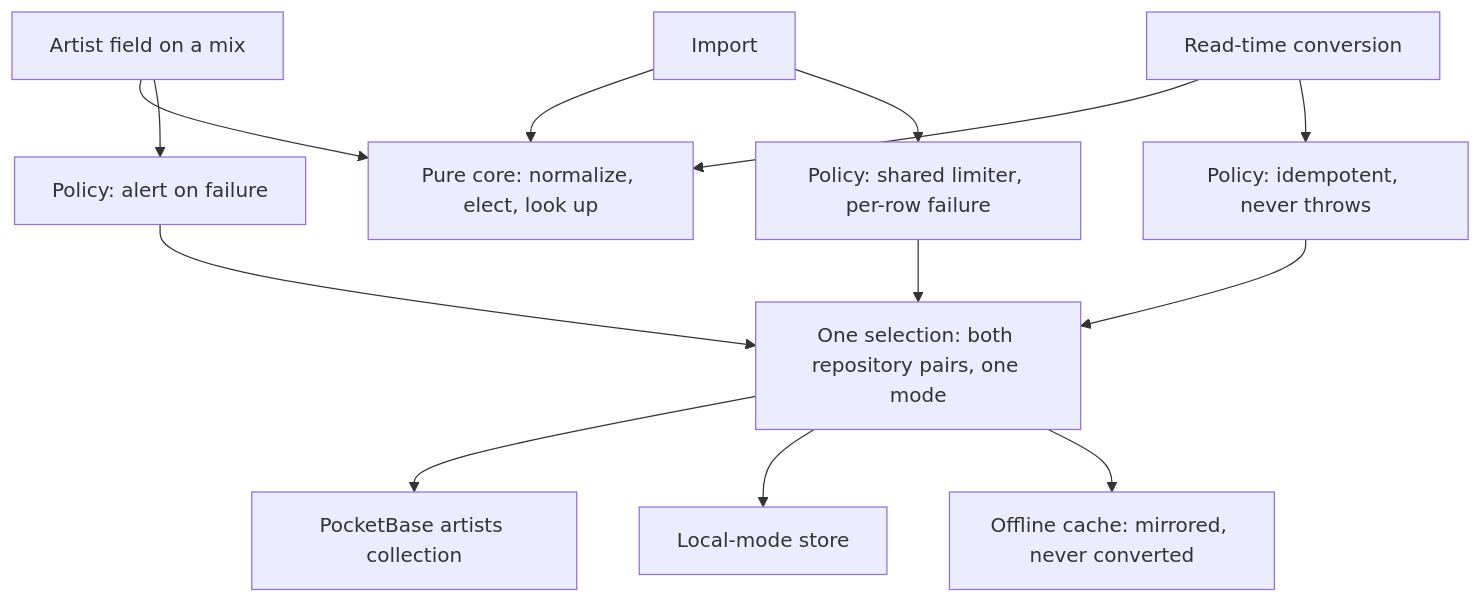
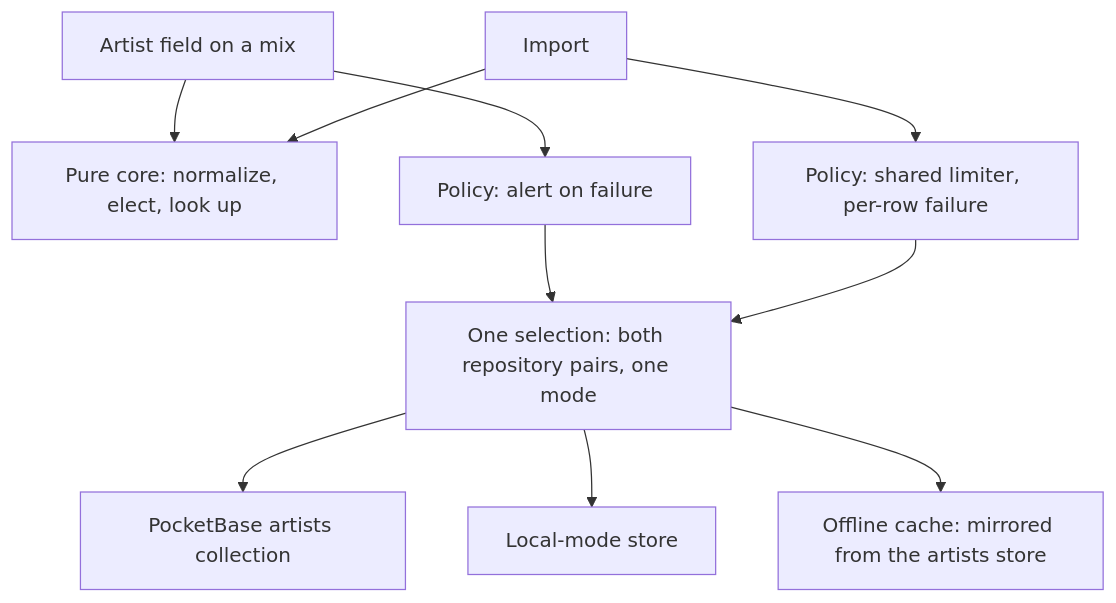
The second of 2 diagrams in docs/journal/plans/2026-09-05-2309-feat-artist-entity-plan.md (baptiste-pasquier/groovemark), drawn with Mermaid before and after one commit. The commit also changed other lines of this file, not shown here.

First line of the commit message:
docs(plan): simplify artist entity plan to a destructive migration, no data conversion

````diff
--- a/docs/journal/plans/2026-09-05-2309-feat-artist-entity-plan.md
+++ b/docs/journal/plans/2026-09-05-2309-feat-artist-entity-plan.md
@@ -223,15 +211,12 @@
 ```mermaid
 flowchart TB
   AF["Artist field on a mix"] --> CORE["Pure core: normalize, elect, look up"]
   IM["Import"] --> CORE
-  CV["Read-time conversion"] --> CORE
   AF --> P1["Policy: alert on failure"]
   IM --> P2["Policy: shared limiter, per-row failure"]
-  CV --> P3["Policy: idempotent, never throws"]
   P1 --> SEL["One selection: both repository pairs, one mode"]
   P2 --> SEL
-  P3 --> SEL
   SEL --> PB["PocketBase artists collection"]
   SEL --> LS["Local-mode store"]
-  SEL --> CACHE["Offline cache: mirrored, never converted"]
+  SEL --> CACHE["Offline cache: mirrored from the artists store"]
 ```
````
